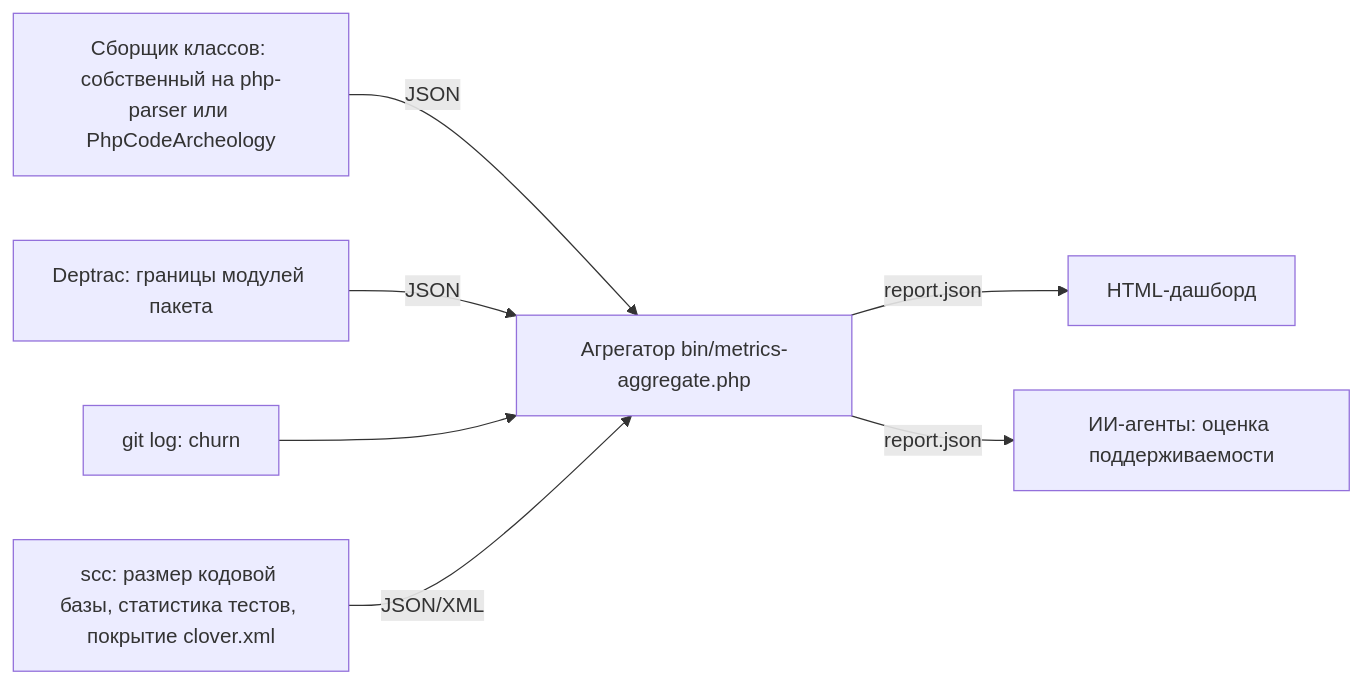
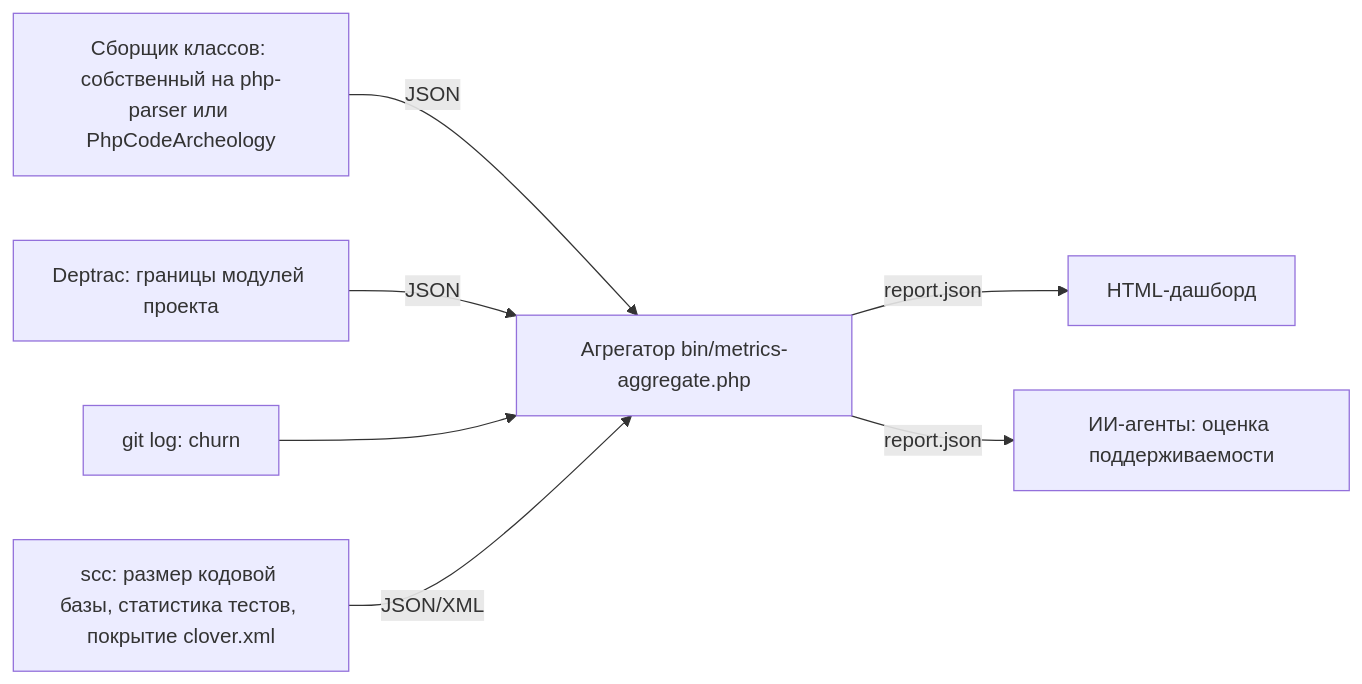
Before and after one commit to prikotov/coding-standard: the diagram in todo/EPIC-metrics-ai-maintainability.todo.md, drawn with Mermaid. The commit also changed other lines of this file and 26 other files, not shown here.

````diff
--- a/todo/EPIC-metrics-ai-maintainability.todo.md
+++ b/todo/EPIC-metrics-ai-maintainability.todo.md
@@ -91,9 +91,9 @@
 ```mermaid
 flowchart LR
     A[Сборщик классов: собственный на php-parser или PhpCodeArcheology] -->|JSON| D
-    B[Deptrac: границы модулей пакета] -->|JSON| D
+    B[Deptrac: границы модулей проекта] -->|JSON| D
     C[git log: churn] --> D
     S[scc: размер кодовой базы, статистика тестов, покрытие clover.xml] -->|JSON/XML| D
     D[Агрегатор bin/metrics-aggregate.php] -->|report.json| E[HTML-дашборд]
     D -->|report.json| F[ИИ-агенты: оценка поддерживаемости]
 ```
````
